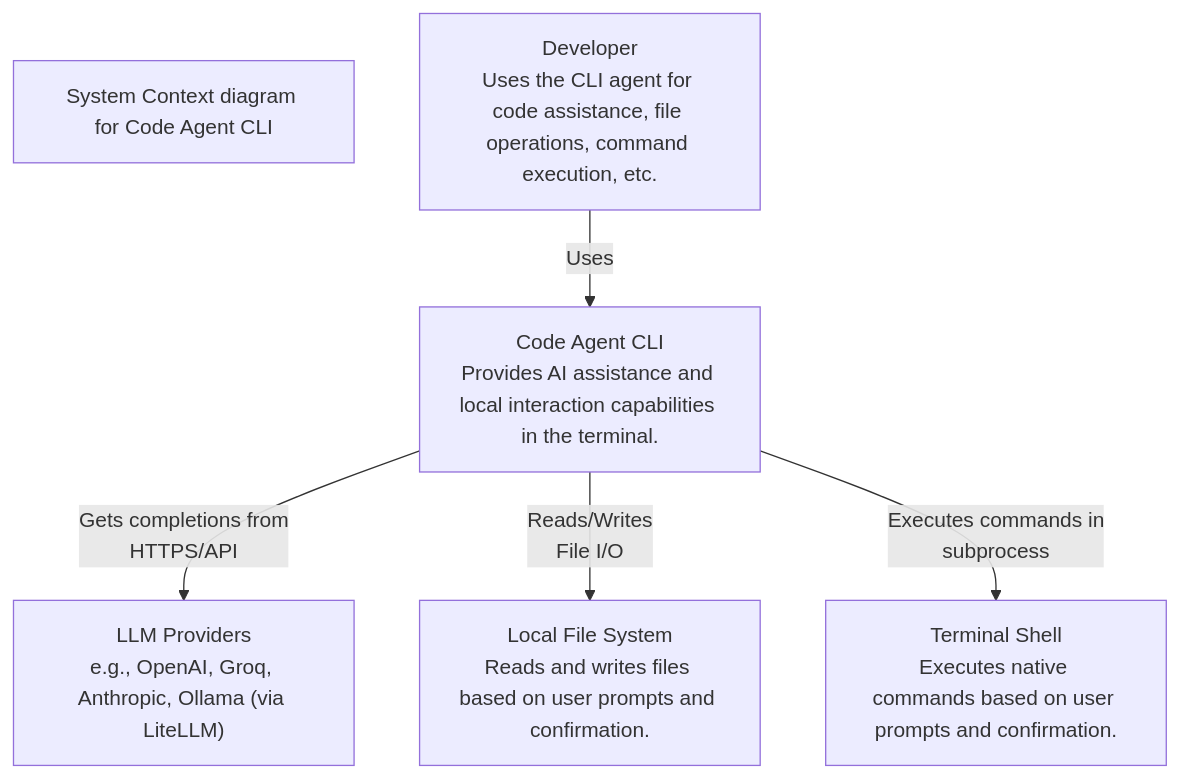
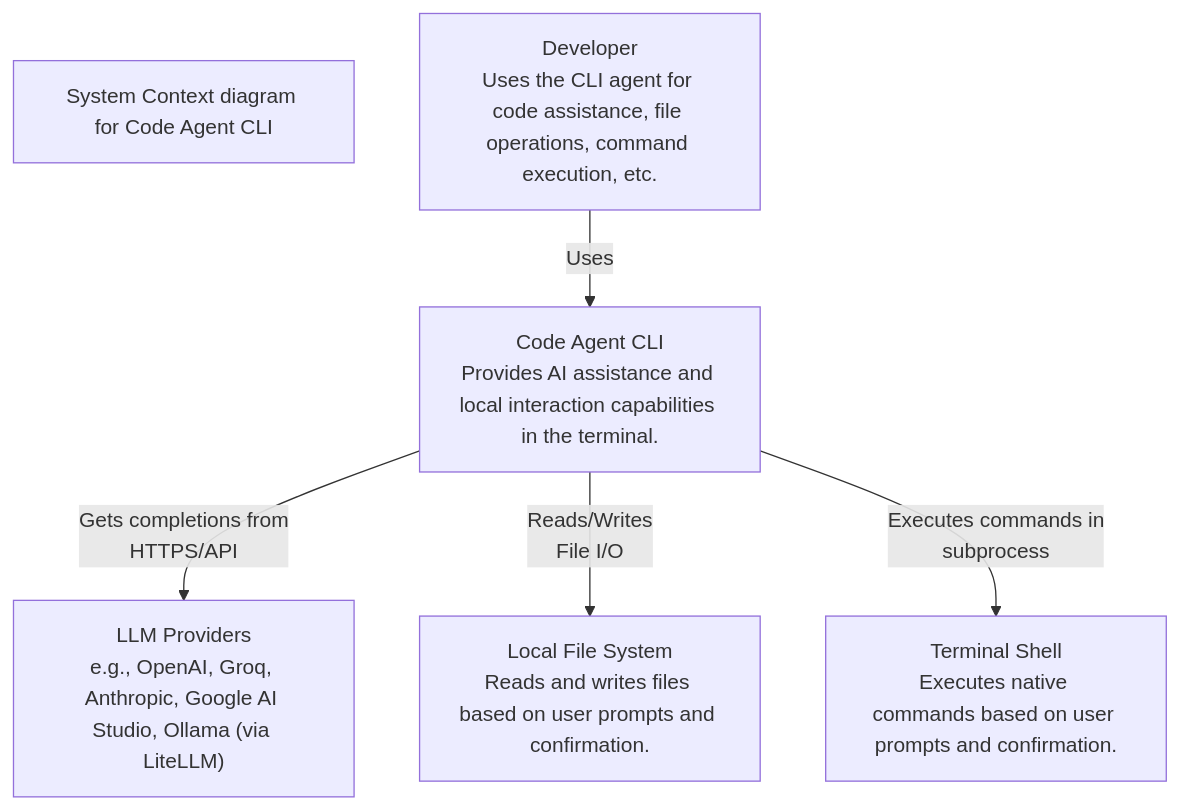
The first of 4 diagrams in docs/getting_started_architecture.md (BlueCentre/code-agent), drawn with Mermaid before and after one commit. The commit also changed other lines of this file and 7 other files, not shown here.

Commit message:
docs: update architecture diagrams and add sequence diagrams (#5)

````diff
--- a/docs/getting_started_architecture.md
+++ b/docs/getting_started_architecture.md
@@ -9,17 +9,17 @@
 ```mermaid
 flowchart TD
     title["System Context diagram for Code Agent CLI"]
 
     user["Developer<br>Uses the CLI agent for code assistance, file operations, command execution, etc."]
 
-    llm_providers["LLM Providers<br>e.g., OpenAI, Groq, Anthropic, Ollama (via LiteLLM)"]
+    llm_providers["LLM Providers<br>e.g., OpenAI, Groq, Anthropic, Google AI Studio, Ollama (via LiteLLM)"]
     file_system["Local File System<br>Reads and writes files based on user prompts and confirmation."]
     terminal["Terminal Shell<br>Executes native commands based on user prompts and confirmation."]
 
     code_agent_system["Code Agent CLI<br>Provides AI assistance and local interaction capabilities in the terminal."]
 
     user --> |"Uses"| code_agent_system
     code_agent_system --> |"Gets completions from<br>HTTPS/API"| llm_providers
     code_agent_system --> |"Reads/Writes<br>File I/O"| file_system
     code_agent_system --> |"Executes commands in<br>subprocess"| terminal
 ```
````
